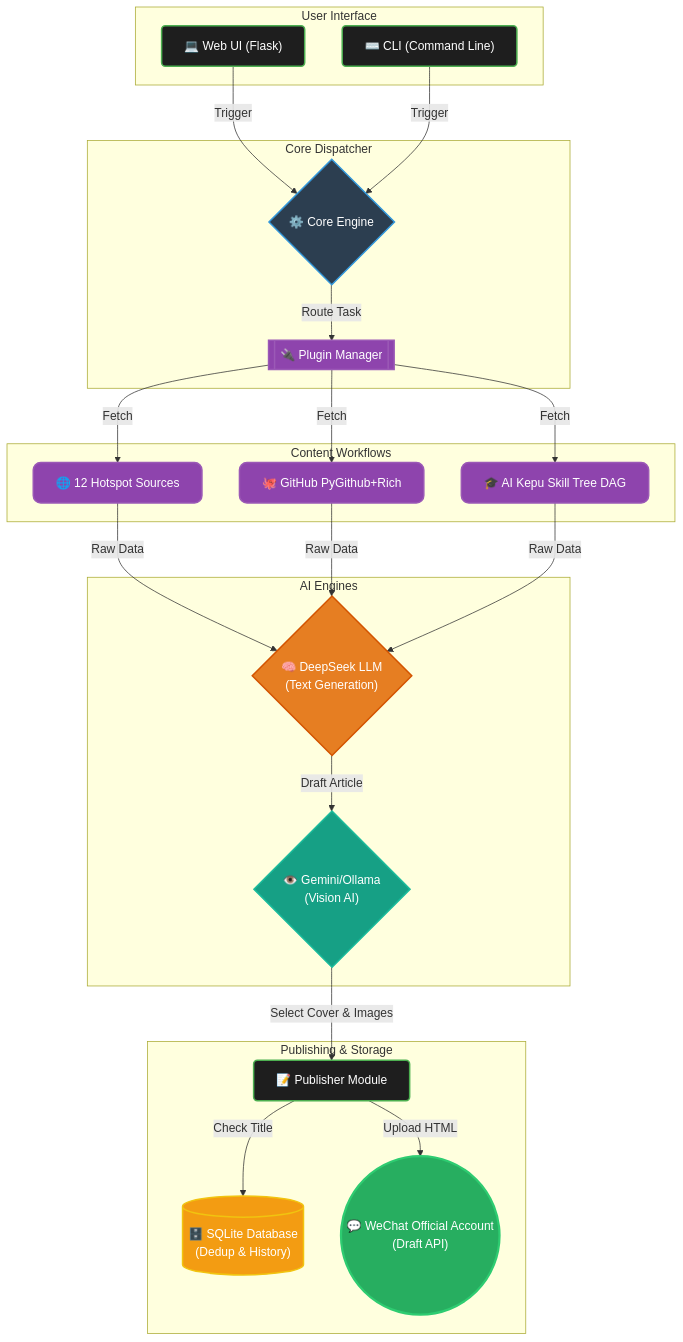
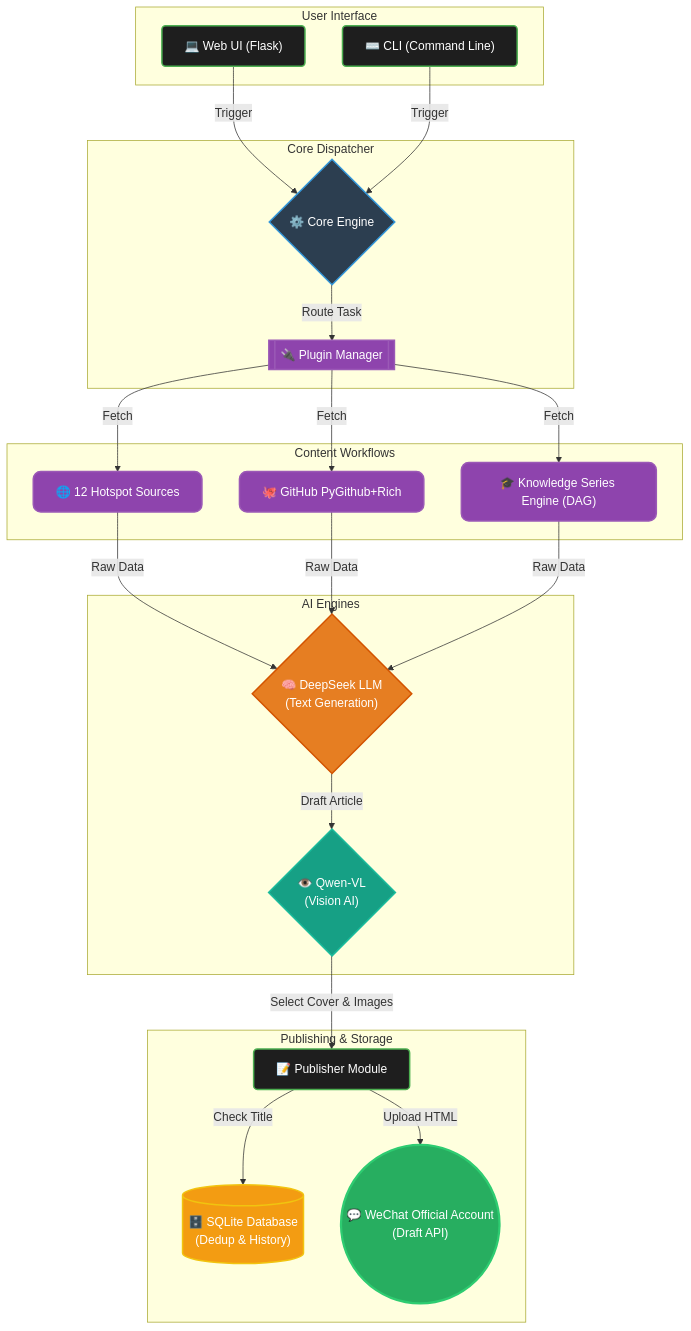
Before and after one commit to Chain813/wechat-automatic-publisher: the first of 2 diagrams in README_EN.md, drawn with Mermaid. The commit also changed other lines of this file and 30 other files, not shown here.

````diff
--- a/README_EN.md
+++ b/README_EN.md
@@ -34,53 +34,53 @@
 ```mermaid
 graph TD
     classDef ui fill:#1E1E1E,stroke:#4CAF50,stroke-width:2px,color:#fff,rx:5px
     classDef engine fill:#2C3E50,stroke:#3498DB,stroke-width:2px,color:#fff,rx:10px
     classDef plugin fill:#8E44AD,stroke:#9B59B6,stroke-width:2px,color:#fff,rx:10px
     classDef llm fill:#E67E22,stroke:#D35400,stroke-width:2px,color:#fff,rx:5px
     classDef vision fill:#16A085,stroke:#1ABC9C,stroke-width:2px,color:#fff,rx:5px
     classDef wechat fill:#27AE60,stroke:#2ECC71,stroke-width:3px,color:#fff,rx:15px
     classDef db fill:#F39C12,stroke:#F1C40F,stroke-width:2px,color:#fff,rx:5px
 
     subgraph UI ["User Interface"]
         A1["💻 Web UI (Flask)"]:::ui
         A2["⌨️ CLI (Command Line)"]:::ui
     end
 
     subgraph Core ["Core Dispatcher"]
         B{"⚙️ Core Engine"}:::engine
         C[["🔌 Plugin Manager"]]:::plugin
     end
 
     subgraph Workflows ["Content Workflows"]
         D["🌐 12 Hotspot Sources"]:::plugin
         E["🐙 GitHub PyGithub+Rich"]:::plugin
-        F["🎓 AI Kepu Skill Tree DAG"]:::plugin
+        F["🎓 Knowledge Series Engine (DAG)"]:::plugin
     end
 
     subgraph AIEngines ["AI Engines"]
         G{"🧠 DeepSeek LLM\n(Text Generation)"}:::llm
-        H{"👁️ Gemini/Ollama\n(Vision AI)"}:::vision
+        H{"👁️ Qwen-VL\n(Vision AI)"}:::vision
     end
 
     subgraph Publishing ["Publishing & Storage"]
         J["📝 Publisher Module"]:::ui
         DB[("🗄️ SQLite Database\n(Dedup & History)")]:::db
         K(("💬 WeChat Official Account\n(Draft API)")):::wechat
     end
 
     A1 -->|Trigger| B
     A2 -->|Trigger| B
     B -->|Route Task| C
     C -->|Fetch| D
     C -->|Fetch| E
     C -->|Fetch| F
     
     D -->|Raw Data| G
     E -->|Raw Data| G
     F -->|Raw Data| G
     
     G -->|Draft Article| H
     H -->|Select Cover & Images| J
     J -->|Check Title| DB
     J -->|Upload HTML| K
 ```
````
